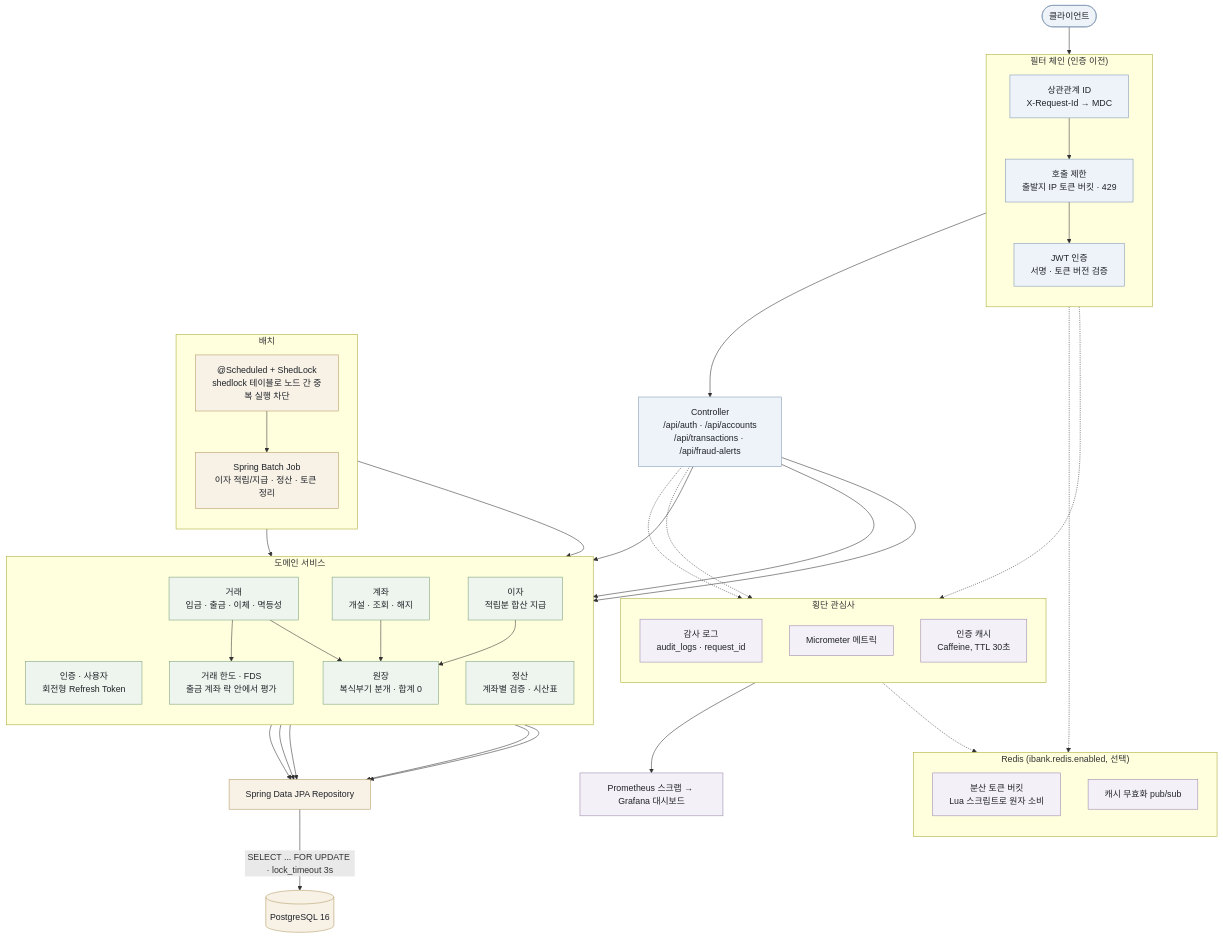
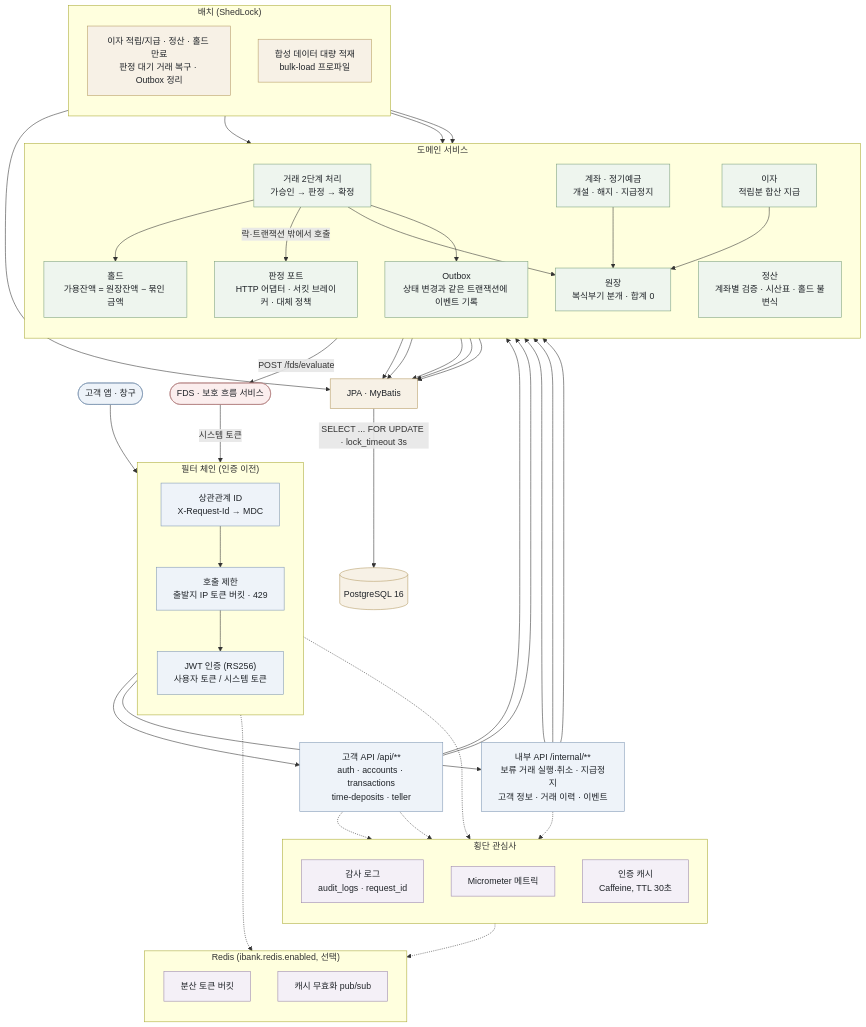
One commit to dncks04/ibank_project changed the first of 2 diagrams in README.md. Above: the diagram before and after it, drawn with Mermaid. The commit also changed other lines of this file and 4 other files, not shown here.

````diff
--- a/README.md
+++ b/README.md
@@ -13,34 +23,37 @@
 ```mermaid
 flowchart TB
-    Client(["클라이언트"])
+    Client(["고객 앱 · 창구"])
+    FDS(["FDS · 보호 흐름 서비스"])
 
     subgraph FILTER["필터 체인 (인증 이전)"]
         direction TB
         F1["상관관계 ID<br/>X-Request-Id → MDC"]
         F2["호출 제한<br/>출발지 IP 토큰 버킷 · 429"]
-        F3["JWT 인증<br/>서명 · 토큰 버전 검증"]
+        F3["JWT 인증 (RS256)<br/>사용자 토큰 / 시스템 토큰"]
     end
 
-    CTRL["Controller<br/>/api/auth · /api/accounts<br/>/api/transactions · /api/fraud-alerts"]
+    CTRL["고객 API /api/**<br/>auth · accounts · transactions<br/>time-deposits · teller"]
+    ICTRL["내부 API /internal/**<br/>보류 거래 실행·취소 · 지급정지<br/>고객 정보 · 거래 이력 · 이벤트"]
 
     subgraph SVC["도메인 서비스"]
         direction TB
-        AUTHS["인증 · 사용자<br/>회전형 Refresh Token"]
-        ACCS["계좌<br/>개설 · 조회 · 해지"]
-        TXS["거래<br/>입금 · 출금 · 이체 · 멱등성"]
-        GUARD["거래 한도 · FDS<br/>출금 계좌 락 안에서 평가"]
+        TXS["거래 2단계 처리<br/>가승인 → 판정 → 확정"]
+        HOLD["홀드<br/>가용잔액 = 원장잔액 − 묶인 금액"]
+        PORT["판정 포트<br/>HTTP 어댑터 · 서킷 브레이커 · 대체 정책"]
+        ACCS["계좌 · 정기예금<br/>개설 · 해지 · 지급정지"]
         LEDG["원장<br/>복식부기 분개 · 합계 0"]
+        OUTB["Outbox<br/>상태 변경과 같은 트랜잭션에 이벤트 기록"]
         INTS["이자<br/>적립분 합산 지급"]
-        RECS["정산<br/>계좌별 검증 · 시산표"]
+        RECS["정산<br/>계좌별 검증 · 시산표 · 홀드 불변식"]
     end
 
-    REPO["Spring Data JPA Repository"]
+    REPO["JPA · MyBatis"]
     DB[("PostgreSQL 16")]
 
-    subgraph BATCH["배치"]
+    subgraph BATCH["배치 (ShedLock)"]
         direction TB
-        SCHED["@Scheduled + ShedLock<br/>shedlock 테이블로 노드 간 중복 실행 차단"]
-        JOBS["Spring Batch Job<br/>이자 적립/지급 · 정산 · 토큰 정리"]
+        JOBS["이자 적립/지급 · 정산 · 홀드 만료<br/>판정 대기 거래 복구 · Outbox 정리"]
+        BULK["합성 데이터 대량 적재<br/>bulk-load 프로파일"]
     end
 
     subgraph CROSS["횡단 관심사"]
@@ -52,45 +65,54 @@
 
     subgraph REDIS["Redis (ibank.redis.enabled, 선택)"]
         direction TB
-        RBUCKET["분산 토큰 버킷<br/>Lua 스크립트로 원자 소비"]
+        RBUCKET["분산 토큰 버킷"]
         RPUBSUB["캐시 무효화 pub/sub"]
     end
 
-    OBS["Prometheus 스크랩 → Grafana 대시보드"]
-
-    Client --> F1 --> F2 --> F3 --> CTRL
-    CTRL --> AUTHS
+    Client --> F1 --> F2 --> F3
+    FDS -->|"시스템 토큰"| F3
+    F3 --> CTRL
+    F3 --> ICTRL
+    CTRL --> TXS
     CTRL --> ACCS
-    CTRL --> TXS
-    TXS --> GUARD
+    ICTRL --> TXS
+    ICTRL --> ACCS
+    ICTRL --> OUTB
+    TXS --> HOLD
+    TXS -->|"락·트랜잭션 밖에서 호출"| PORT
+    PORT -->|"POST /fds/evaluate"| FDS
     TXS --> LEDG
+    TXS --> OUTB
     ACCS --> LEDG
     INTS --> LEDG
-    AUTHS --> REPO
+    HOLD --> REPO
+    LEDG --> REPO
+    OUTB --> REPO
     ACCS --> REPO
-    TXS --> REPO
-    LEDG --> REPO
     RECS --> REPO
     REPO -->|"SELECT ... FOR UPDATE · lock_timeout 3s"| DB
 
-    SCHED --> JOBS
     JOBS --> INTS
     JOBS --> RECS
+    JOBS --> HOLD
+    BULK --> REPO
 
     CTRL -.-> AUDIT
+    ICTRL -.-> AUDIT
     CTRL -.-> METR
     F3 -.-> CACHE
     F2 -.-> RBUCKET
     CACHE -.-> RPUBSUB
-    METR --> OBS
 
     classDef flowNode fill:#eef3f9,stroke:#7f97b3,color:#1f2328
     classDef svcNode fill:#eef5ee,stroke:#7ba07b,color:#1f2328
     classDef dataNode fill:#f7f1e6,stroke:#b59a63,color:#1f2328
     classDef auxNode fill:#f4f0f7,stroke:#9a86ac,color:#1f2328
+    classDef extNode fill:#fbeeee,stroke:#b37f7f,color:#1f2328
 
-    class Client,F1,F2,F3,CTRL flowNode
-    class AUTHS,ACCS,TXS,GUARD,LEDG,INTS,RECS svcNode
-    class REPO,DB,SCHED,JOBS dataNode
-    class AUDIT,METR,CACHE,RBUCKET,RPUBSUB,OBS auxNode
+    class Client,F1,F2,F3,CTRL,ICTRL flowNode
+    class TXS,HOLD,PORT,ACCS,LEDG,OUTB,INTS,RECS svcNode
+    class REPO,DB,JOBS,BULK dataNode
+    class AUDIT,METR,CACHE,RBUCKET,RPUBSUB auxNode
+    class FDS extNode
 ```
````
